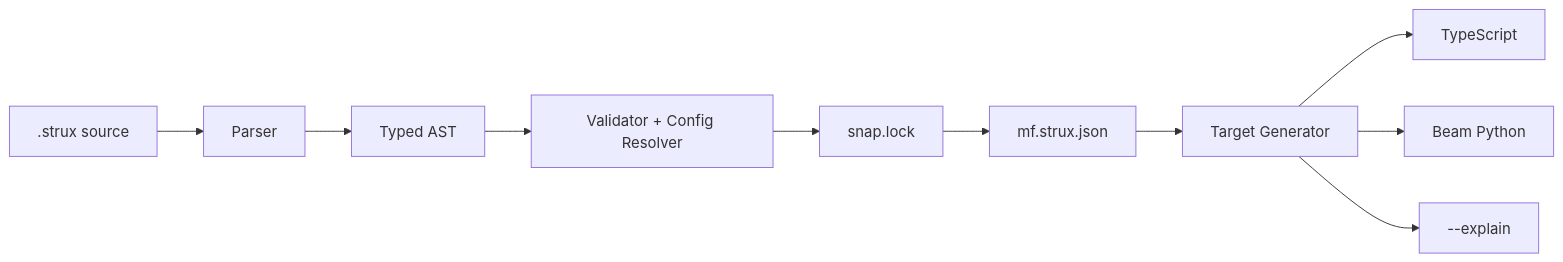
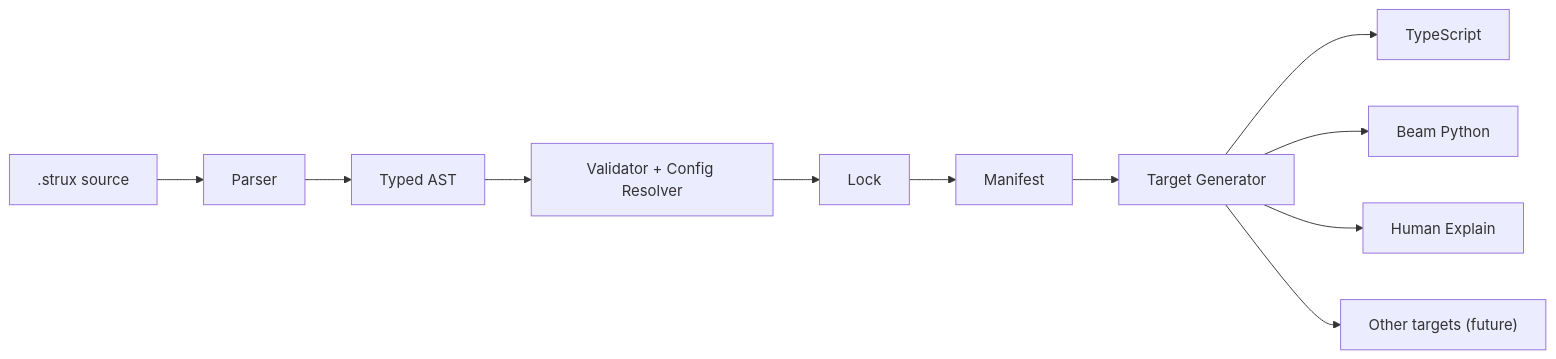
The diagram in README.md (openstrux/openstrux), drawn with Mermaid before and after one commit. The commit also changed other lines of this file, not shown here.

Commit message:
Added logo to README

````diff
--- a/README.md
+++ b/README.md
@@ -43,12 +45,13 @@
 ```mermaid
 flowchart LR
     A[".strux source"] --> B["Parser"]
     B --> C["Typed AST"]
     C --> D["Validator + Config Resolver"]
-    D --> E["snap.lock"]
-    E --> F["mf.strux.json"]
+    D --> E["Lock"]
+    E --> F["Manifest"]
     F --> G["Target Generator"]
     G --> H["TypeScript"]
     G --> I["Beam Python"]
-    G --> J["--explain"]
+    G --> J["Human Explain"]
+    G --> K["Other targets (future)"]
 ```
````
